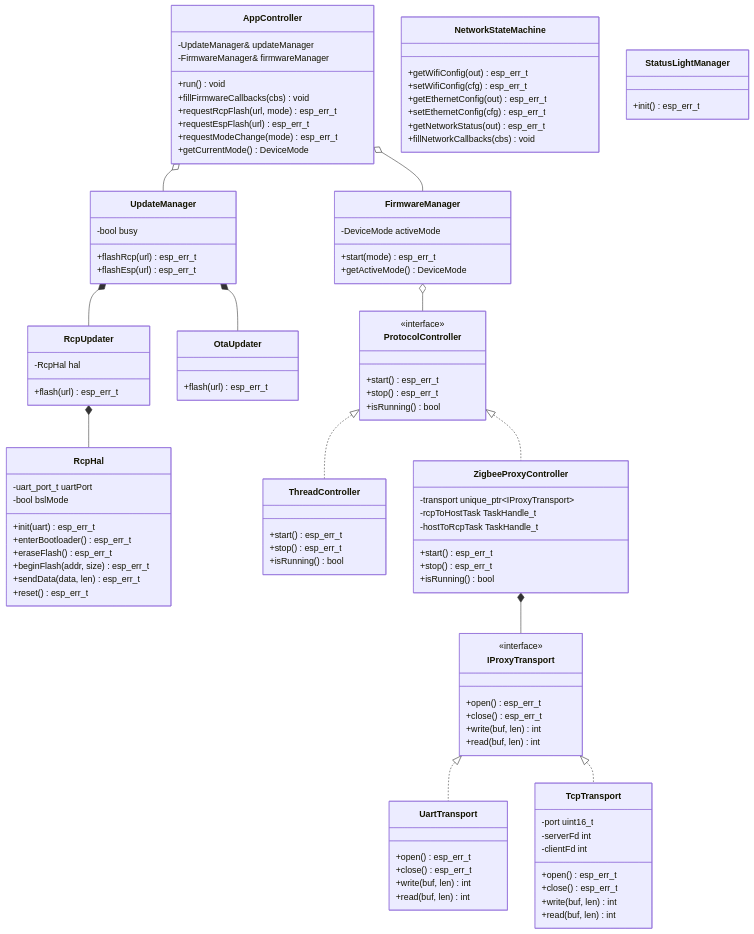
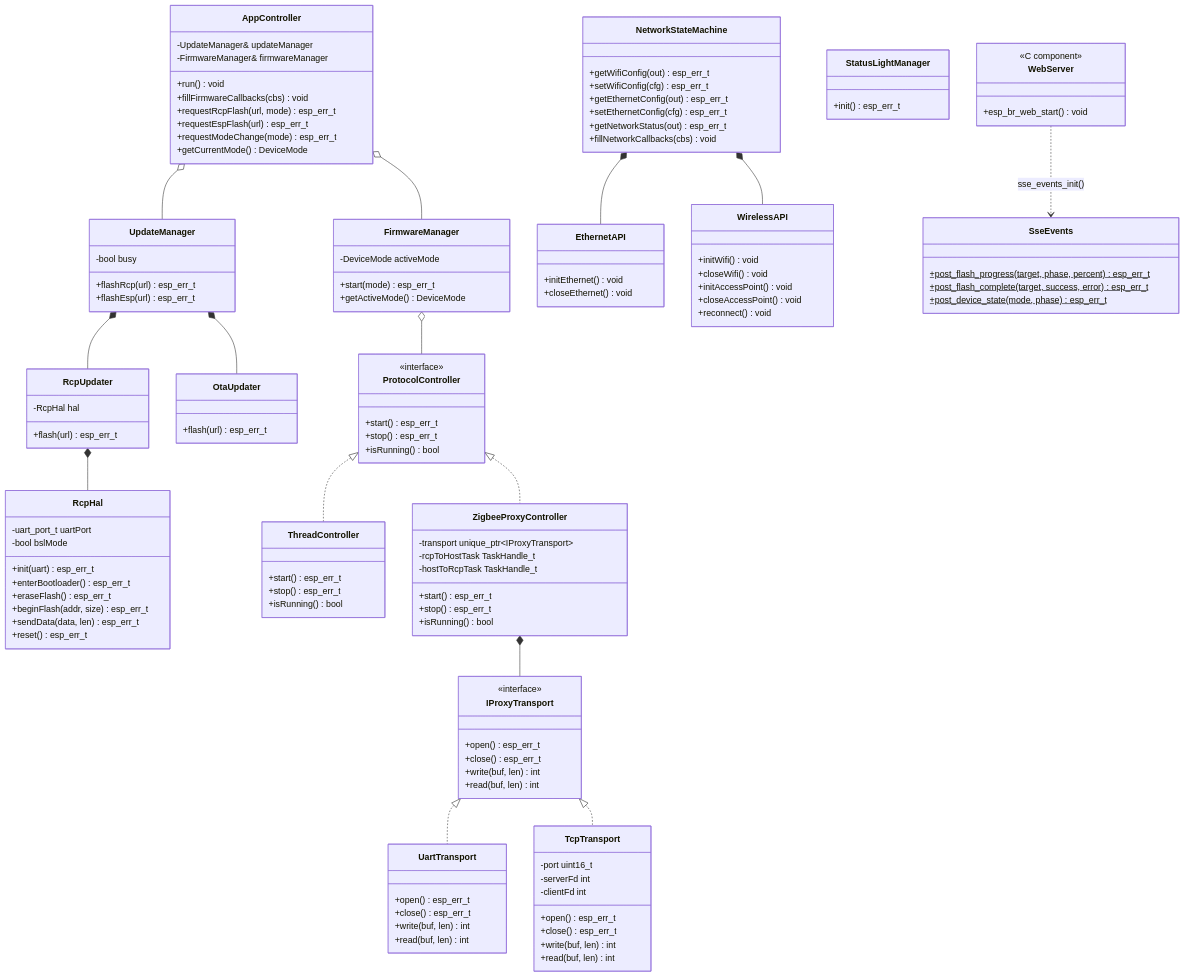
One commit to codm/czc-unified changed the first of 2 diagrams in README.md. Above: the diagram before and after it, drawn with Mermaid. The commit also changed other lines of this file and 7 other files, not shown here.

Commit message:
Add SSE component

````diff
--- a/README.md
+++ b/README.md
@@ -463,9 +472,30 @@
         +getNetworkStatus(out) esp_err_t
         +fillNetworkCallbacks(cbs) void
     }
+    class EthernetAPI {
+        +initEthernet() void
+        +closeEthernet() void
+    }
+    class WirelessAPI {
+        +initWifi() void
+        +closeWifi() void
+        +initAccessPoint() void
+        +closeAccessPoint() void
+        +reconnect() void
+    }
 
     class StatusLightManager {
         +init() esp_err_t
+    }
+
+    class SseEvents {
+        +post_flash_progress(target, phase, percent)$ esp_err_t
+        +post_flash_complete(target, success, error)$ esp_err_t
+        +post_device_state(mode, phase)$ esp_err_t
+    }
+    class WebServer {
+        <<C component>>
+        +esp_br_web_start() void
     }
 
     AppController o-- UpdateManager
@@ -481,4 +511,9 @@
     ZigbeeProxyController *-- IProxyTransport
     IProxyTransport <|.. UartTransport
     IProxyTransport <|.. TcpTransport
+
+    NetworkStateMachine *-- EthernetAPI
+    NetworkStateMachine *-- WirelessAPI
+
+    WebServer ..> SseEvents : sse_events_init()
 ```
````
